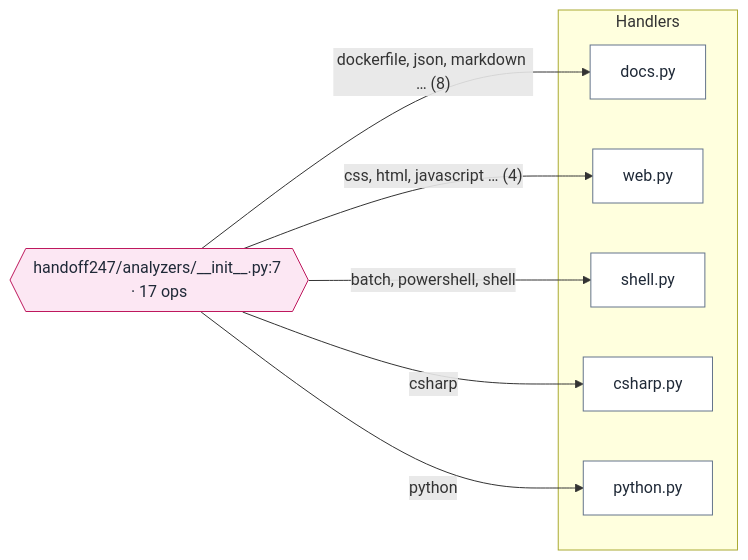
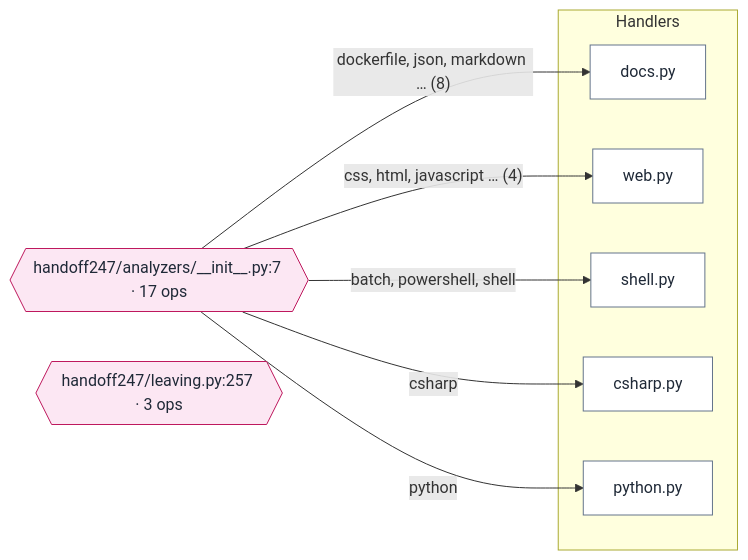
The diagram in docs/handoff/diagrams/system.mmd (unkkyuist/HandOff247), drawn with Mermaid before and after one commit. The commit also changed 11 other files, not shown here.

```diff
--- a/docs/handoff/diagrams/system.mmd
+++ b/docs/handoff/diagrams/system.mmd
@@ -1,24 +1,25 @@
 flowchart LR
   n1{{"handoff247/analyzers/#95;#95;init#95;#95;.py:7 · 17 ops"}}:::table
-  subgraph g2["Handlers"]
-    n3["docs.py"]:::file
-    n4["web.py"]:::file
-    n5["shell.py"]:::file
-    n6["csharp.py"]:::file
-    n7["python.py"]:::file
+  n2{{"handoff247/leaving.py:257 · 3 ops"}}:::table
+  subgraph g3["Handlers"]
+    n4["docs.py"]:::file
+    n5["web.py"]:::file
+    n6["shell.py"]:::file
+    n7["csharp.py"]:::file
+    n8["python.py"]:::file
   end
-  n1 -->|"csharp"| n6
-  n1 -->|"python"| n7
-  n1 -->|"css, html, javascript … (4)"| n4
-  n1 -->|"batch, powershell, shell"| n5
-  n1 -->|"dockerfile, json, markdown … (8)"| n3
+  n1 -->|"csharp"| n7
+  n1 -->|"python"| n8
+  n1 -->|"css, html, javascript … (4)"| n5
+  n1 -->|"batch, powershell, shell"| n6
+  n1 -->|"dockerfile, json, markdown … (8)"| n4
   classDef entry fill:#fde68a,stroke:#b45309,color:#1f2937
   classDef launcher fill:#e0e7ff,stroke:#4338ca,color:#1f2937
   classDef mode fill:#dcfce7,stroke:#15803d,color:#1f2937
   classDef iface fill:#cffafe,stroke:#0e7490,color:#1f2937
   classDef table fill:#fce7f3,stroke:#be185d,color:#1f2937
   classDef hub fill:#f3f4f6,stroke:#6b7280,color:#1f2937,stroke-dasharray:4 3
   classDef data fill:#fef3c7,stroke:#92400e,color:#1f2937
   classDef ext fill:#ffffff,stroke:#9ca3af,color:#374151,stroke-dasharray:2 2
   classDef test fill:#ede9fe,stroke:#6d28d9,color:#1f2937
   classDef file fill:#ffffff,stroke:#64748b,color:#1f2937
```
